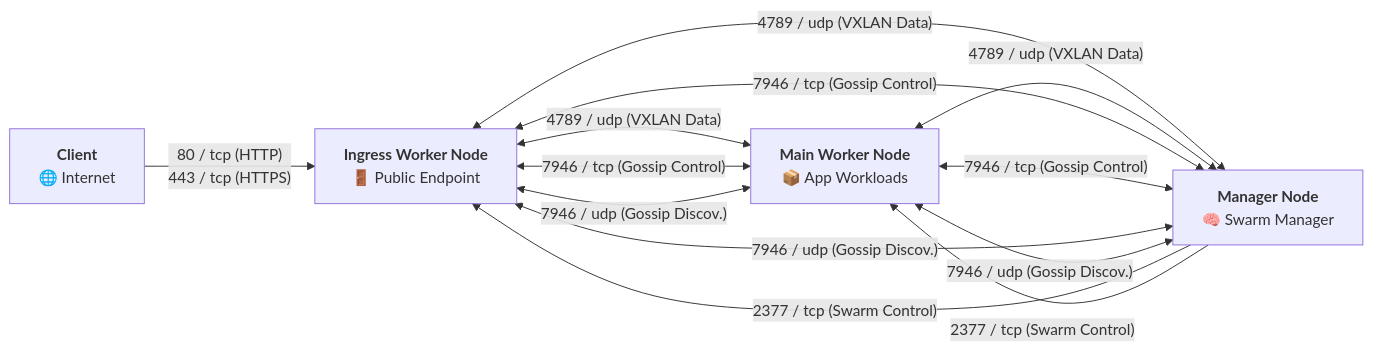
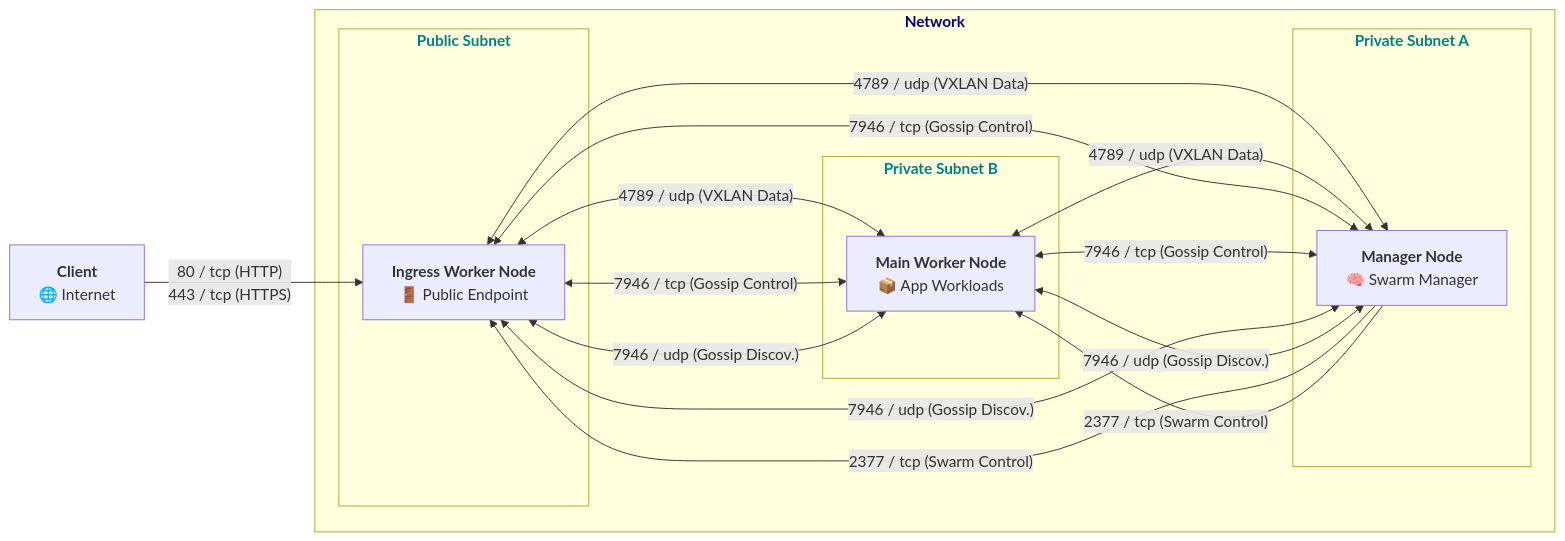
One commit to cloud-skeleton/prerequisites changed the diagram in README.md. Above: the diagram before and after it, drawn with Mermaid.

````diff
--- a/README.md
+++ b/README.md
@@ -38,30 +38,43 @@
 ```mermaid
 graph LR
 
   external_client["<b>Client</b><br>🌐 Internet"]
-  ingress["<b>Ingress Worker Node</b><br>🚪 Public Endpoint"]
-  worker["<b>Main Worker Node</b><br>📦 App Workloads"]
-  manager["<b>Manager Node</b><br>🧠 Swarm Manager"]
+
+  subgraph "<b style='color:navy'>Network</b>"
+
+    subgraph "<b style='color:teal'>Public Subnet</b>"
+      ingress["<b>Ingress Worker Node</b><br>🚪 Public Endpoint"]
+    end
+
+    subgraph "<b style='color:teal'>Private Subnet A</b>"
+      manager["<b>Manager Node</b><br>🧠 Swarm Manager"]
+    end
+
+    subgraph "<b style='color:teal'>Private Subnet B</b>"
+      worker["<b>Main Worker Node</b><br>📦 App Workloads"]
+    end
+
+  end
 
   %% External access
   external_client -->|"80 / tcp (HTTP)<br>443 / tcp (HTTPS)"| ingress
 
   %% Overlay network (VXLAN)
   ingress <-->|"4789 / udp (VXLAN Data)"| worker
   ingress <-->|"4789 / udp (VXLAN Data)"| manager
   worker <-->|"4789 / udp (VXLAN Data)"| manager
 
   %% Swarm management (one-way)
   manager -->|"2377 / tcp (Swarm Control)"| ingress
   manager -->|"2377 / tcp (Swarm Control)"| worker
 
   %% Gossip - TCP
   ingress <-->|"7946 / tcp (Gossip Control)"| manager
   worker <-->|"7946 / tcp (Gossip Control)"| manager
   worker <-->|"7946 / tcp (Gossip Control)"| ingress
 
   %% Gossip - UDP
   ingress <-->|"7946 / udp (Gossip Discov.)"| manager
   worker <-->|"7946 / udp (Gossip Discov.)"| manager
   worker <-->|"7946 / udp (Gossip Discov.)"| ingress
 ```
````
